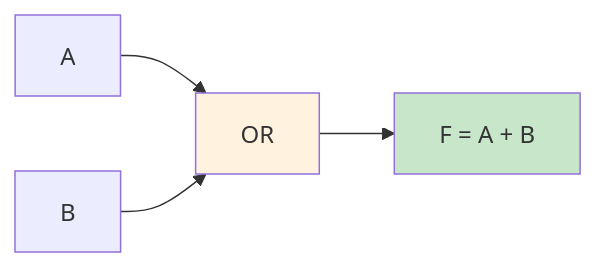
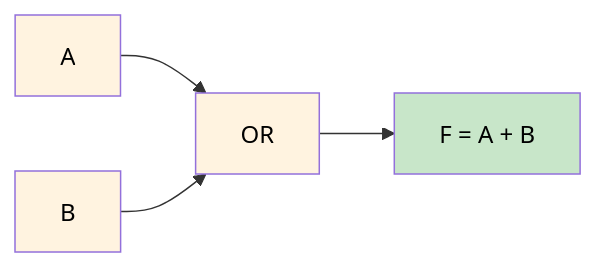
Before and after one commit to Yxiang-828/Yxiang-828.github.io: diagram 20 of 32 in ee2026/lect/L2 lecture notes/EE2026_Week_2_Boolean_Logic_Visual_Guide.md, drawn with Mermaid. The commit also changed other lines of this file, not shown here.

````diff
--- a/ee2026/lect/L2 lecture notes/EE2026_Week_2_Boolean_Logic_Visual_Guide.md
+++ b/ee2026/lect/L2 lecture notes/EE2026_Week_2_Boolean_Logic_Visual_Guide.md
@@ -515,9 +533,11 @@
 ```mermaid
 graph LR
     A[A] --> OR1[OR]
     B[B] --> OR1
     OR1 --> F[F = A + B]
     
-    style OR1 fill:#fff3e0
-    style F fill:#c8e6c9
+    style OR1 fill:#fff3e0,color:#000
+    style F fill:#c8e6c9,color:#000
+    style A fill:#fff3e0,color:#000
+    style B fill:#fff3e0,color:#000
 ```
````
